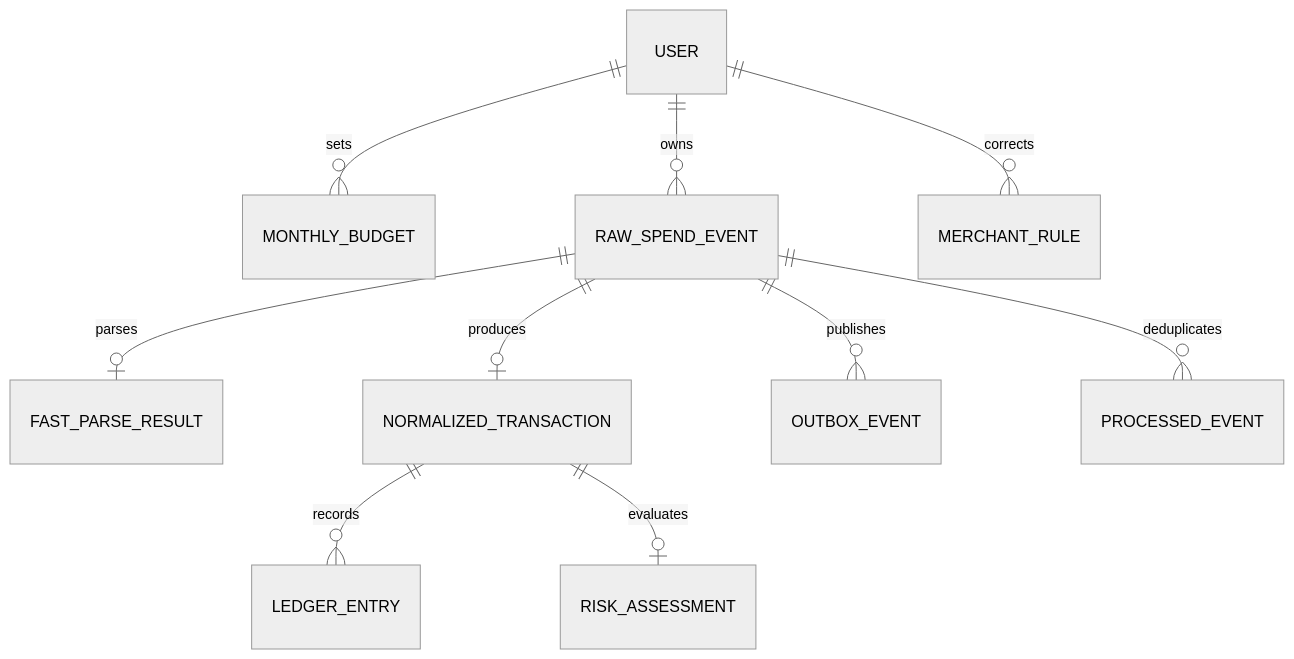
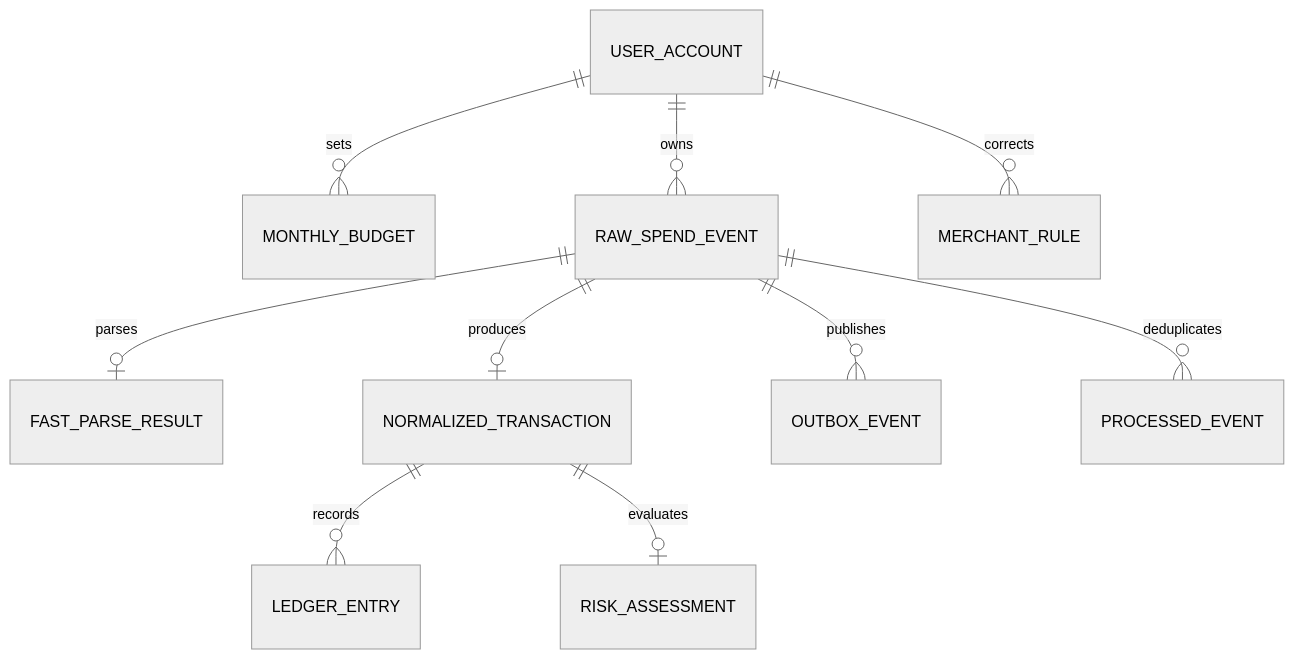
The diagram in docs/architecture/data-model.md (Joajy/Spending-Guard), drawn with Mermaid (neutral theme) before and after one commit. The commit also changed other lines of this file and 28 other files, not shown here.

````diff
--- a/docs/architecture/data-model.md
+++ b/docs/architecture/data-model.md
@@ -5,12 +5,12 @@
 ```mermaid
 erDiagram
-    USER ||--o{ MONTHLY_BUDGET : sets
-    USER ||--o{ RAW_SPEND_EVENT : owns
+    USER_ACCOUNT ||--o{ MONTHLY_BUDGET : sets
+    USER_ACCOUNT ||--o{ RAW_SPEND_EVENT : owns
     RAW_SPEND_EVENT ||--o| FAST_PARSE_RESULT : parses
     RAW_SPEND_EVENT ||--o| NORMALIZED_TRANSACTION : produces
     RAW_SPEND_EVENT ||--o{ OUTBOX_EVENT : publishes
     NORMALIZED_TRANSACTION ||--o{ LEDGER_ENTRY : records
     NORMALIZED_TRANSACTION ||--o| RISK_ASSESSMENT : evaluates
-    USER ||--o{ MERCHANT_RULE : corrects
+    USER_ACCOUNT ||--o{ MERCHANT_RULE : corrects
     RAW_SPEND_EVENT ||--o{ PROCESSED_EVENT : deduplicates
 ```
````
